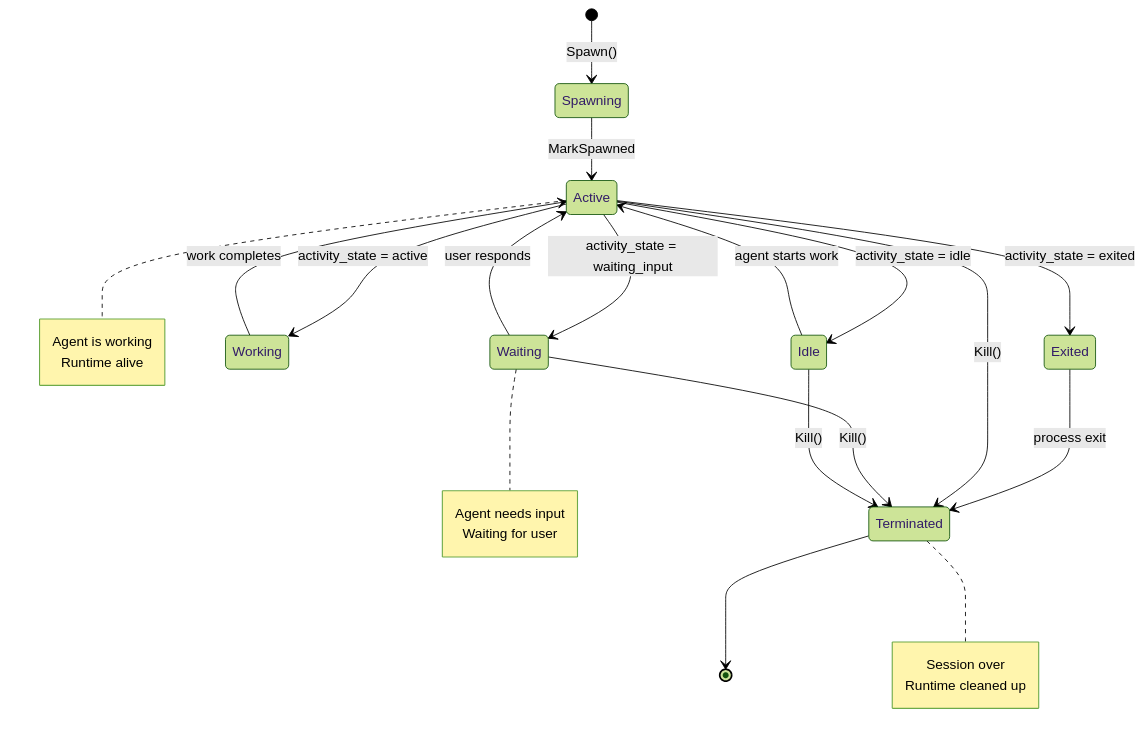
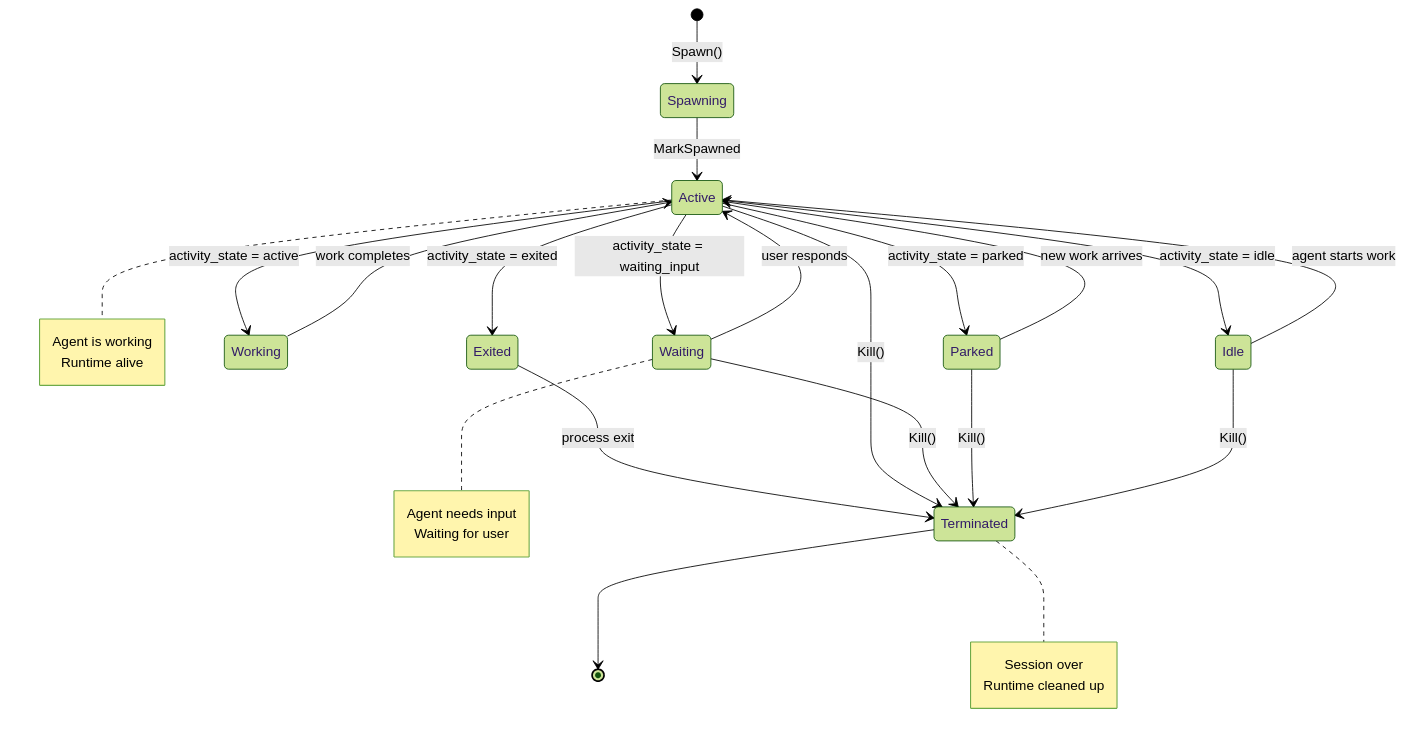
Before and after one commit to f1uke/agent-orchestrator: diagram 15 of 23 in docs/architecture.md, drawn with Mermaid (forest theme). The commit also changed other lines of this file and 31 other files, not shown here.

````diff
--- a/docs/architecture.md
+++ b/docs/architecture.md
@@ -531,32 +540,35 @@
 ```mermaid
 stateDiagram-v2
     [*] --> Spawning: Spawn()
     Spawning --> Active: MarkSpawned
     Active --> Idle: activity_state = idle
     Active --> Working: activity_state = active
     Active --> Waiting: activity_state = waiting_input
+    Active --> Parked: activity_state = parked
     Active --> Exited: activity_state = exited
     Working --> Active: work completes
     Waiting --> Active: user responds
+    Parked --> Active: new work arrives
     Idle --> Active: agent starts work
     Exited --> Terminated: process exit
     Active --> Terminated: Kill()
     Waiting --> Terminated: Kill()
+    Parked --> Terminated: Kill()
     Idle --> Terminated: Kill()
     Terminated --> [*]
 
     note right of Active
         Agent is working
         Runtime alive
     end note
 
     note right of Waiting
         Agent needs input
         Waiting for user
     end note
 
     note right of Terminated
         Session over
         Runtime cleaned up
     end note
 ```
````
